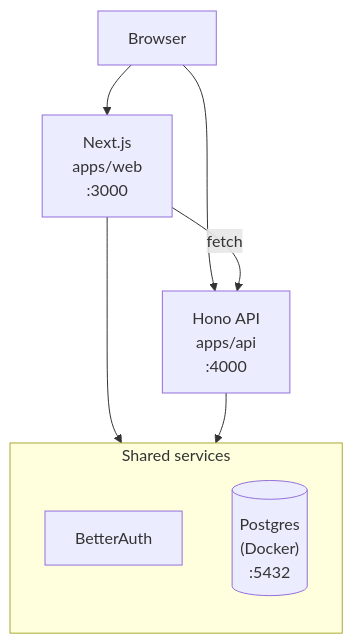
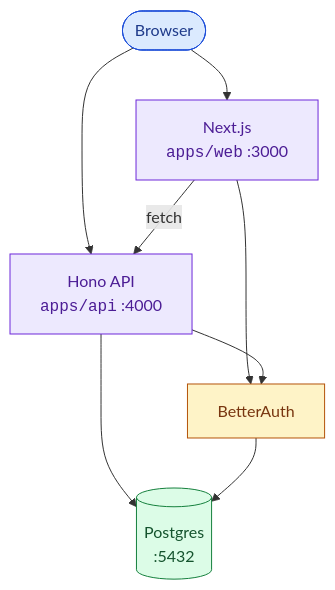
The diagram in README.md (CaseyHoover/FullStackSkeleton), drawn with Mermaid before and after one commit.

Commit message:
docs: correct mermaid diagram to reflect real data flow
Web does not query Postgres directly — data access goes through the
API. API uses Prisma; both Web and API use BetterAuth (which owns
its own DB access). Removed the shared-services subgraph since the
corrected topology is naturally planar, and added layer-colored
classDefs for visual hierarchy.

````diff
--- a/README.md
+++ b/README.md
@@ -9,18 +9,25 @@
 ```mermaid
 flowchart TD
-    Browser[Browser]
-    Web["Next.js<br/>apps/web<br/>:3000"]
-    API["Hono API<br/>apps/api<br/>:4000"]
-
-    subgraph shared [Shared services]
-        direction TB
-        Auth[BetterAuth]
-        DB[("Postgres<br/>(Docker)<br/>:5432")]
-    end
+    Browser(["Browser"])
+    Web["Next.js<br/><code>apps/web</code> :3000"]
+    API["Hono API<br/><code>apps/api</code> :4000"]
+    Auth["BetterAuth"]
+    DB[("Postgres<br/>:5432")]
 
     Browser --> Web
     Browser --> API
     Web -->|fetch| API
-    Web --> shared
-    API --> shared
+    Web --> Auth
+    API --> Auth
+    API --> DB
+    Auth --> DB
+
+    classDef client fill:#dbeafe,stroke:#1d4ed8,color:#1e3a8a
+    classDef app fill:#ede9fe,stroke:#6d28d9,color:#4c1d95
+    classDef service fill:#fef3c7,stroke:#b45309,color:#78350f
+    classDef data fill:#dcfce7,stroke:#15803d,color:#14532d
+    class Browser client
+    class Web,API app
+    class Auth service
+    class DB data
 ```
````
